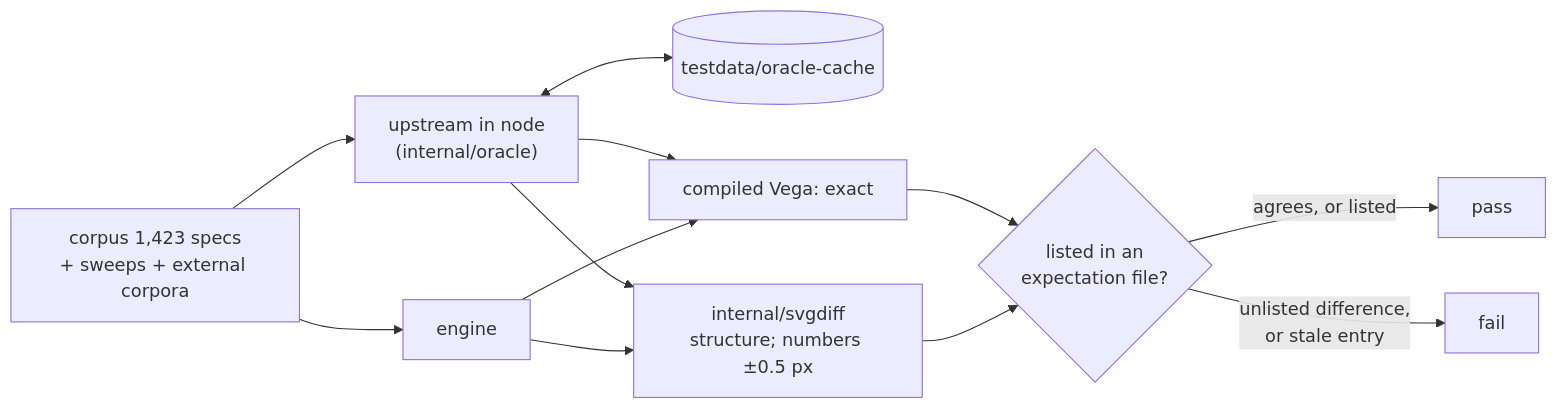
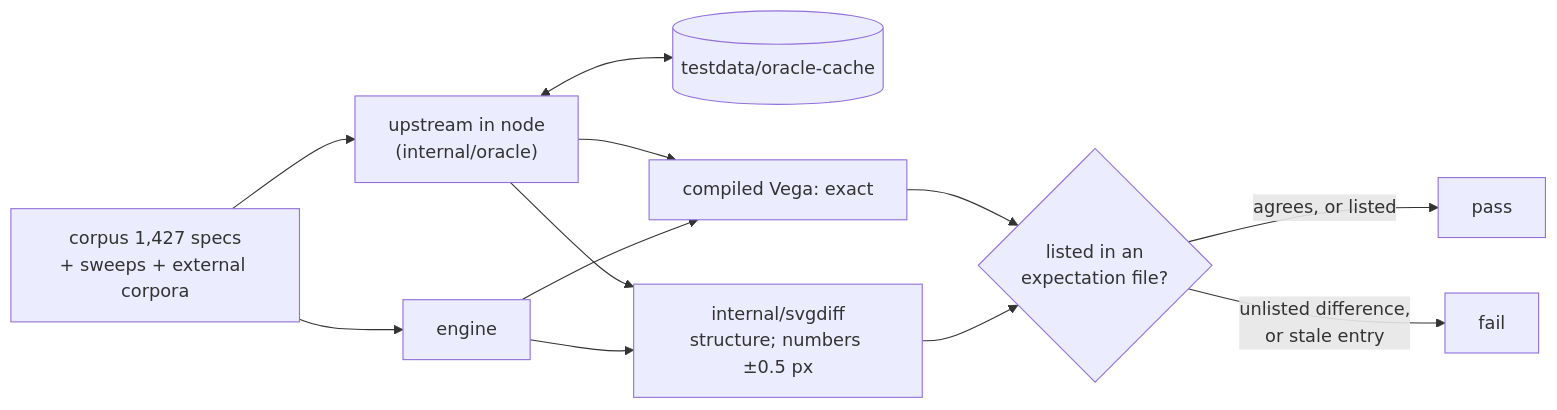
One commit to mgilbir/aster changed the diagram in docs/testing.md. Above: the diagram before and after it, drawn with Mermaid. The commit also changed other lines of this file and 37 other files, not shown here.

````diff
--- a/docs/testing.md
+++ b/docs/testing.md
@@ -19,14 +19,14 @@
 ```mermaid
 flowchart LR
-  C["corpus 1,423 specs<br/>+ sweeps + external corpora"] --> E["engine"]
+  C["corpus 1,427 specs<br/>+ sweeps + external corpora"] --> E["engine"]
   C --> N["upstream in node<br/>(internal/oracle)"]
   N <--> K[("testdata/oracle-cache")]
   E --> D["internal/svgdiff<br/>structure; numbers ±0.5 px"]
   N --> D
   E --> J["compiled Vega: exact"]
   N --> J
   D --> X{"listed in an<br/>expectation file?"}
   J --> X
   X -->|"agrees, or listed"| P["pass"]
   X -->|"unlisted difference,<br/>or stale entry"| F["fail"]
 ```
````
